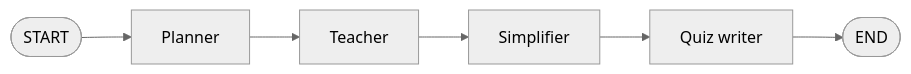
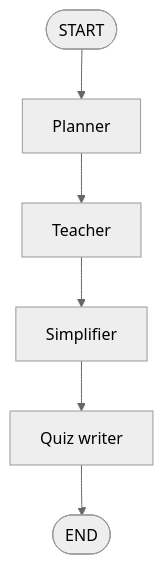
Before and after one commit to anne500/multi-agent-study-guide: the third of 20 diagrams in docs/ARCHITECTURE.md, drawn with Mermaid (neutral theme). The commit also changed other lines of this file and 6 other files, not shown here.

Commit message:
Audit V1-V17 architecture and correct documented control flow

````diff
--- a/docs/ARCHITECTURE.md
+++ b/docs/ARCHITECTURE.md
@@ -56,8 +58,8 @@
 ```mermaid
-flowchart LR
+flowchart TD
     A([START]) --> B[Planner]
     B --> C[Teacher]
     C --> D[Simplifier]
     D --> E[Quiz writer]
     E --> F([END])
 ```
````
